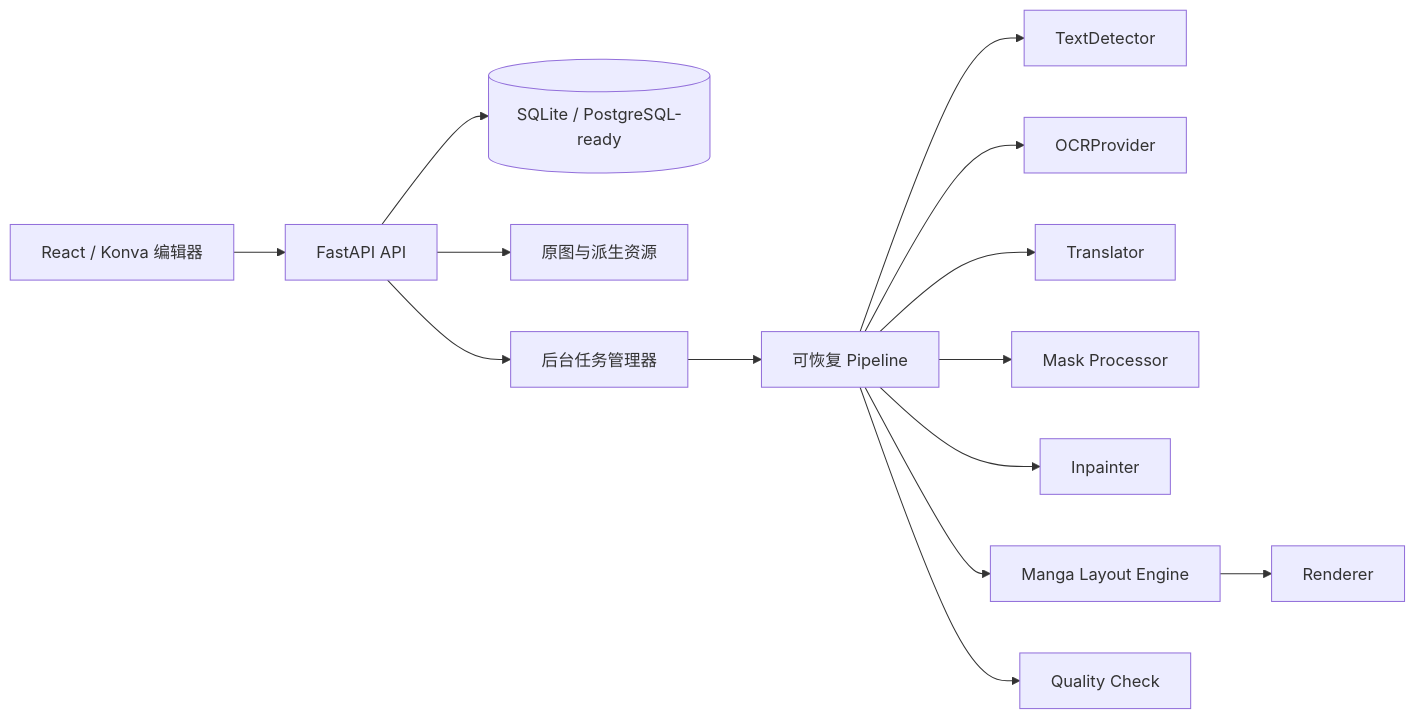
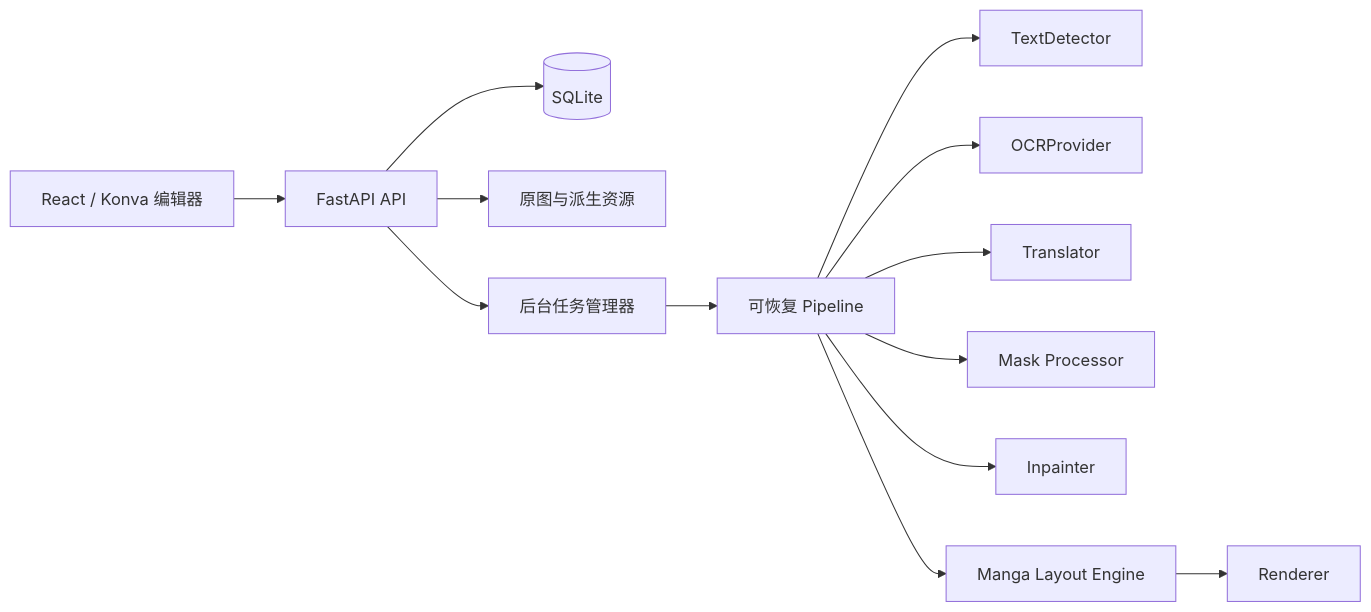
Before and after one commit to ALittlePandaMan/MangaFlow: the diagram in README.md, drawn with Mermaid. The commit also changed other lines of this file and 87 other files, not shown here.

````diff
--- a/README.md
+++ b/README.md
@@ -9,16 +15,15 @@
 ```mermaid
 flowchart LR
     UI[React / Konva 编辑器] --> API[FastAPI API]
-    API --> DB[(SQLite / PostgreSQL-ready)]
+    API --> DB[(SQLite)]
     API --> FS[原图与派生资源]
     API --> Q[后台任务管理器]
     Q --> P[可恢复 Pipeline]
     P --> D[TextDetector]
     P --> O[OCRProvider]
     P --> T[Translator]
     P --> M[Mask Processor]
     P --> I[Inpainter]
     P --> L[Manga Layout Engine]
     L --> R[Renderer]
-    P --> QC[Quality Check]
 ```
````
